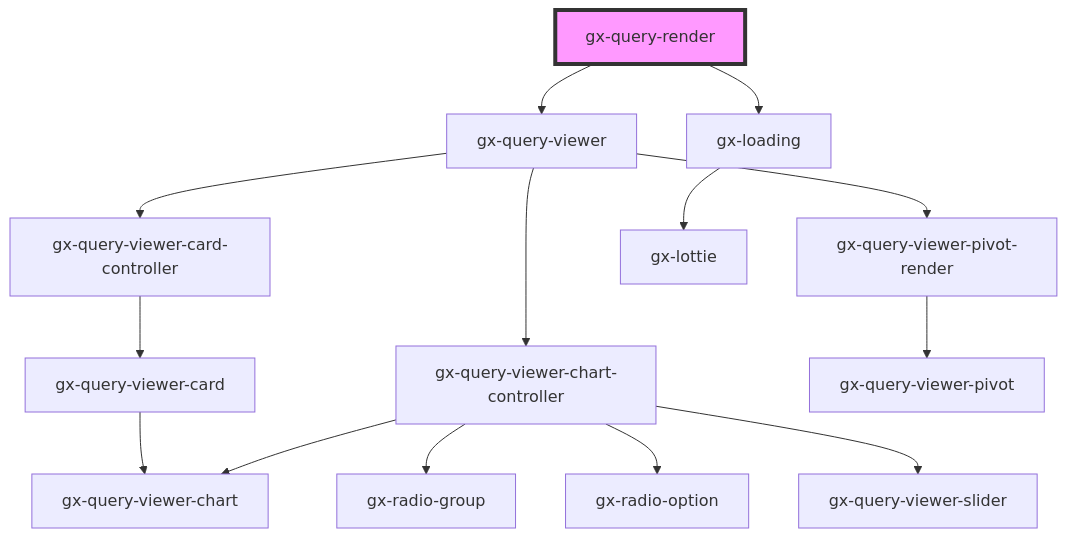
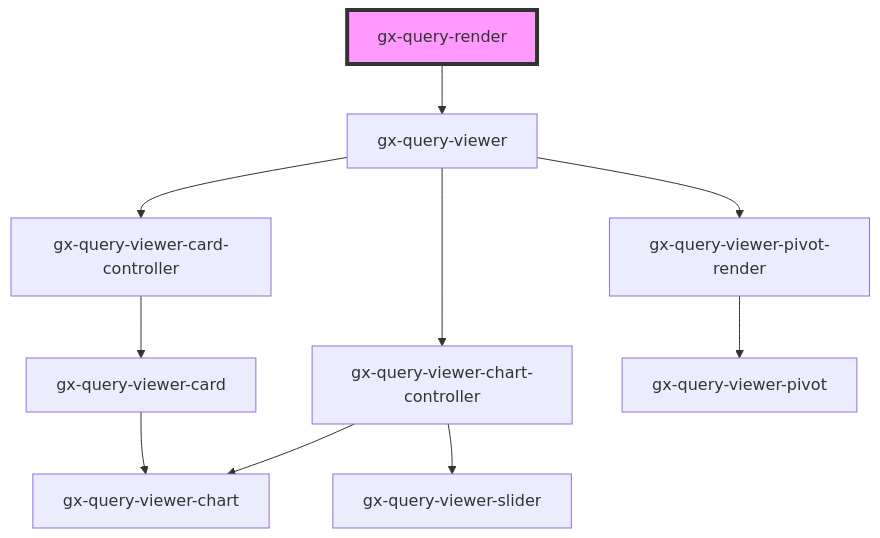
The diagram in src/components/gx-query/query-render/readme.md (genexuslabs/reporting-controls-library), drawn with Mermaid before and after one commit. The commit also changed other lines of this file and 10 other files, not shown here.

````diff
--- a/src/components/gx-query/query-render/readme.md
+++ b/src/components/gx-query/query-render/readme.md
@@ -44,17 +43,13 @@
 ```mermaid
 graph TD;
   gx-query-render --> gx-query-viewer
-  gx-query-render --> gx-loading
   gx-query-viewer --> gx-query-viewer-card-controller
   gx-query-viewer --> gx-query-viewer-chart-controller
   gx-query-viewer --> gx-query-viewer-pivot-render
   gx-query-viewer-card-controller --> gx-query-viewer-card
   gx-query-viewer-card --> gx-query-viewer-chart
-  gx-query-viewer-chart-controller --> gx-radio-group
-  gx-query-viewer-chart-controller --> gx-radio-option
   gx-query-viewer-chart-controller --> gx-query-viewer-chart
   gx-query-viewer-chart-controller --> gx-query-viewer-slider
   gx-query-viewer-pivot-render --> gx-query-viewer-pivot
-  gx-loading --> gx-lottie
   style gx-query-render fill:#f9f,stroke:#333,stroke-width:4px
 ```
````
